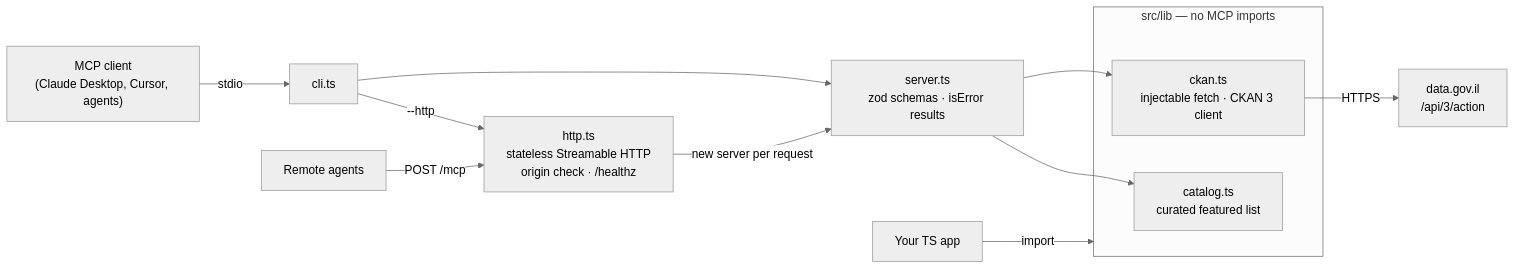
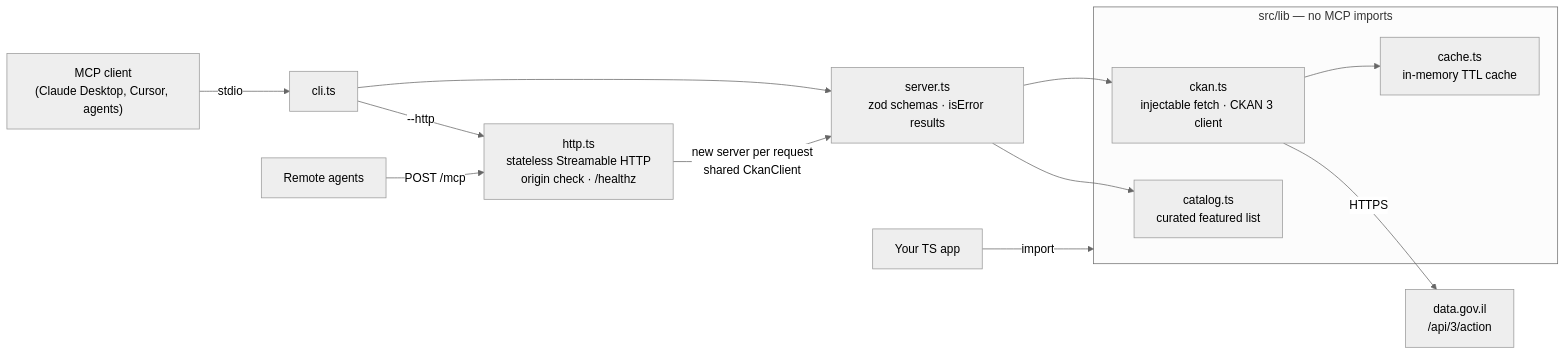
Before and after one commit to Shtibel1/il-opendata-mcp: the diagram in README.md, drawn with Mermaid (neutral theme). The commit also changed other lines of this file and 14 other files, not shown here.

````diff
--- a/README.md
+++ b/README.md
@@ -136,16 +160,18 @@
 ```mermaid
 flowchart LR
   C["MCP client<br/>(Claude Desktop, Cursor, agents)"] -- stdio --> CLI[cli.ts]
   R["Remote agents"] -- "POST /mcp" --> H["http.ts<br/>stateless Streamable HTTP<br/>origin check · /healthz"]
   CLI --> S["server.ts<br/>zod schemas · isError results"]
   CLI -- "--http" --> H
-  H -- "new server per request" --> S
+  H -- "new server per request<br/>shared CkanClient" --> S
   S --> CKAN
   S --> CAT
   subgraph L["src/lib — no MCP imports"]
     CKAN["ckan.ts<br/>injectable fetch · CKAN 3 client"]
+    CACHE["cache.ts<br/>in-memory TTL cache"]
     CAT["catalog.ts<br/>curated featured list"]
   end
+  CKAN --> CACHE
   CKAN -- HTTPS --> GOV["data.gov.il<br/>/api/3/action"]
   APP["Your TS app"] -- import --> L
 ```
````
